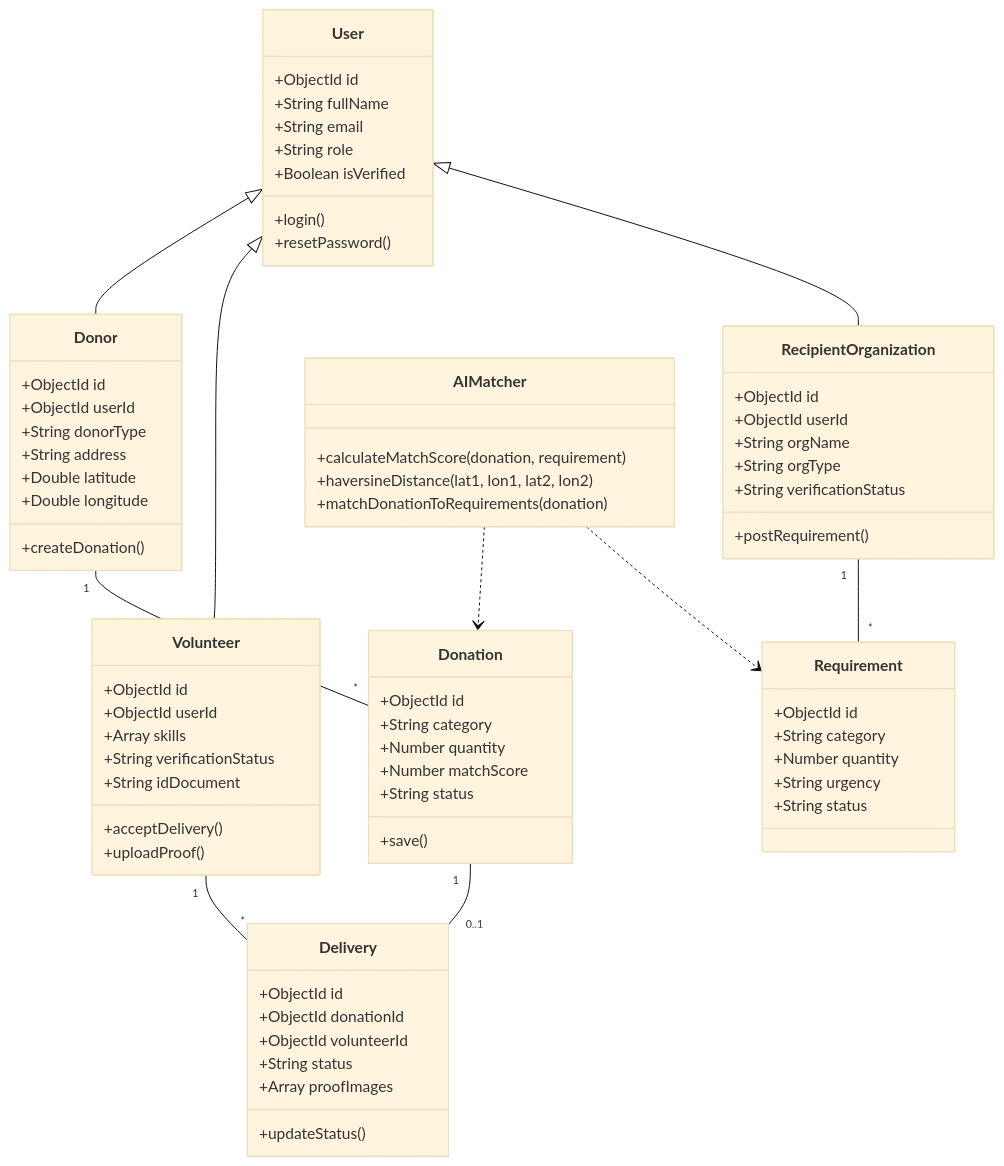
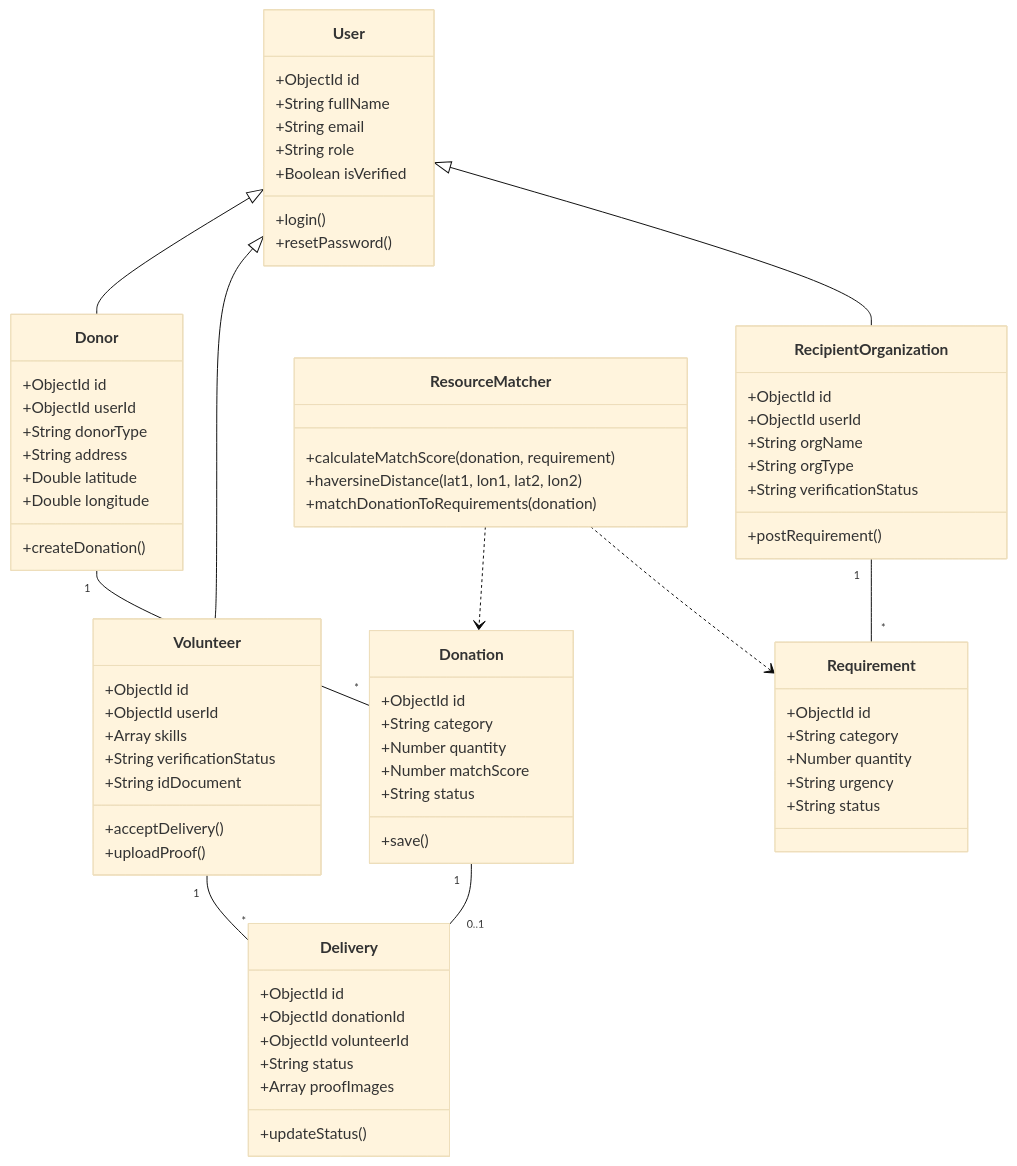
The third of 6 diagrams in docs/UML_DIAGRAMS.md (AmaL-2611/ReliefSphere), drawn with Mermaid (base theme) before and after one commit. The commit also changed other lines of this file and 1244 other files, not shown here.

````diff
--- a/docs/UML_DIAGRAMS.md
+++ b/docs/UML_DIAGRAMS.md
@@ -195,7 +195,7 @@
         +updateStatus()
     }
 
-    class AIMatcher {
+    class ResourceMatcher {
         +calculateMatchScore(donation, requirement)
         +haversineDistance(lat1, lon1, lat2, lon2)
         +matchDonationToRequirements(donation)
@@ -208,6 +208,6 @@
     RecipientOrganization "1" -- "*" Requirement
     Donation "1" -- "0..1" Delivery
     Volunteer "1" -- "*" Delivery
-    AIMatcher ..> Donation
-    AIMatcher ..> Requirement
+    ResourceMatcher ..> Donation
+    ResourceMatcher ..> Requirement
 ```
````
